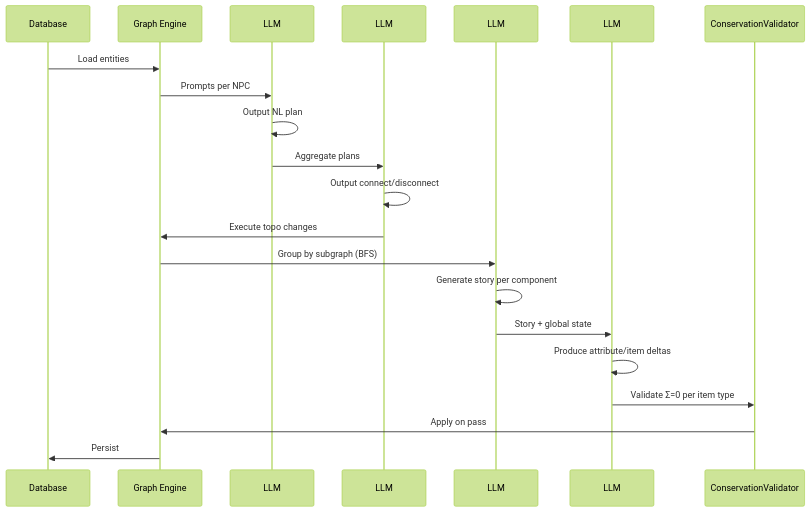
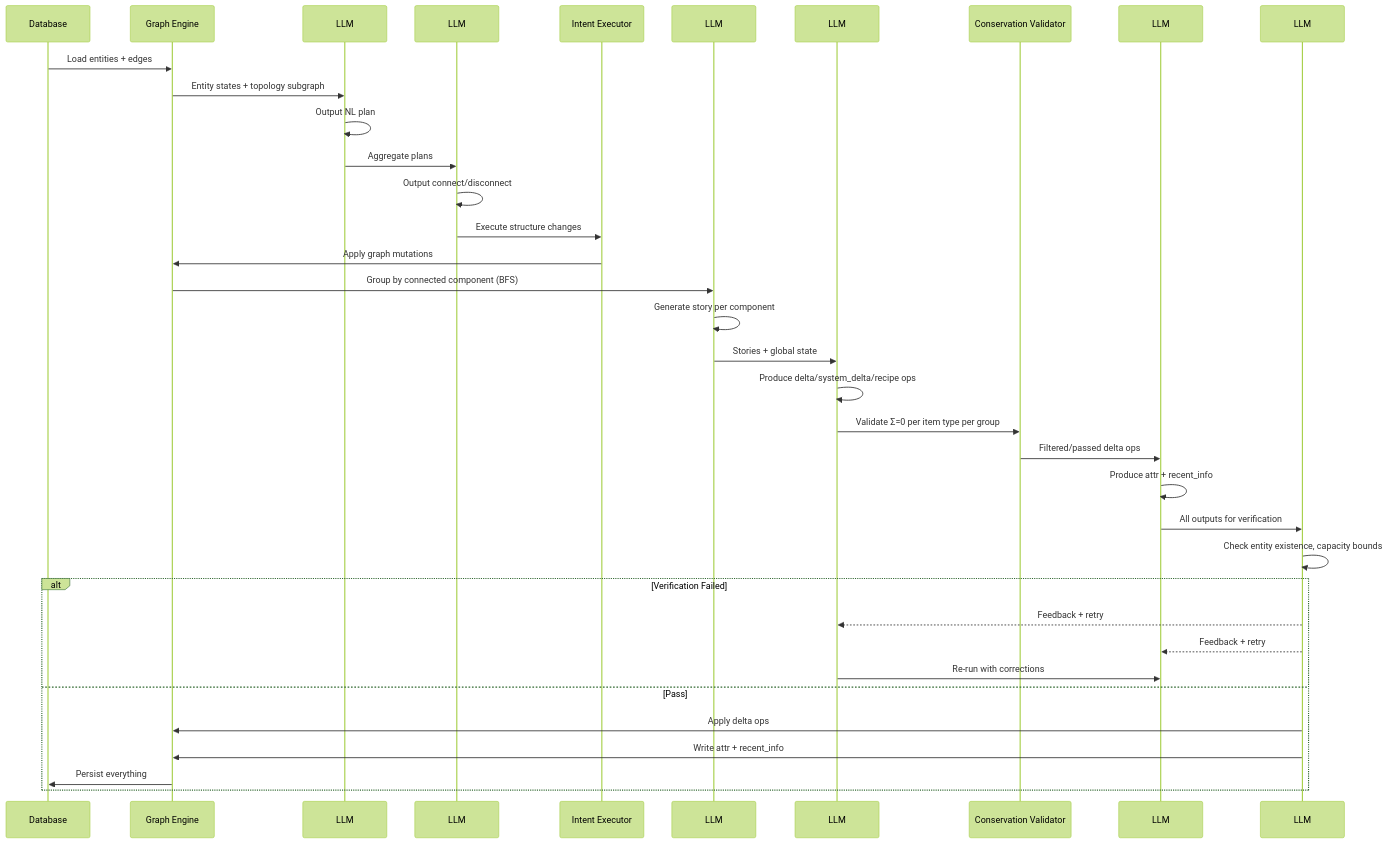
One commit to Asher0501/AgentWorld changed the second of 2 diagrams in README.md. Above: the diagram before and after it, drawn with Mermaid (forest theme). The commit also changed other lines of this file and 3 other files, not shown here.

````diff
--- a/README.md
+++ b/README.md
@@ -51,24 +101,39 @@
 ```mermaid
 sequenceDiagram
     participant DB as Database
     participant GE as Graph Engine
     participant L1 as LLM #1 Plan
     participant L2 as LLM #2 Topology
+    participant IE as Intent Executor
     participant L3 as LLM #3 Narrative
-    participant L4 as LLM #4 Execute
-    participant CV as ConservationValidator
+    participant L4a as LLM #4a Topo Delta
+    participant CV as Conservation Validator
+    participant L4b as LLM #4b Content
+    participant L5 as LLM #5 Verification
 
-    DB->>GE: Load entities
-    GE->>L1: Prompts per NPC
+    DB->>GE: Load entities + edges
+    GE->>L1: Entity states + topology subgraph
     L1->>L1: Output NL plan
     L1->>L2: Aggregate plans
     L2->>L2: Output connect/disconnect
-    L2->>GE: Execute topo changes
-    GE->>L3: Group by subgraph (BFS)
+    L2->>IE: Execute structure changes
+    IE->>GE: Apply graph mutations
+    GE->>L3: Group by connected component (BFS)
     L3->>L3: Generate story per component
-    L3->>L4: Story + global state
-    L4->>L4: Produce attribute/item deltas
-    L4->>CV: Validate Σ=0 per item type
-    CV->>GE: Apply on pass
-    GE->>DB: Persist
+    L3->>L4a: Stories + global state
+    L4a->>L4a: Produce delta/system_delta/recipe ops
+    L4a->>CV: Validate Σ=0 per item type per group
+    CV->>L4b: Filtered/passed delta ops
+    L4b->>L4b: Produce attr + recent_info
+    L4b->>L5: All outputs for verification
+    L5->>L5: Check entity existence, capacity bounds
+    alt Verification Failed
+        L5-->>L4a: Feedback + retry
+        L5-->>L4b: Feedback + retry
+        L4a->>L4b: Re-run with corrections
+    else Pass
+        L5->>GE: Apply delta ops
+        L5->>GE: Write attr + recent_info
+        GE->>DB: Persist everything
+    end
 ```
````
